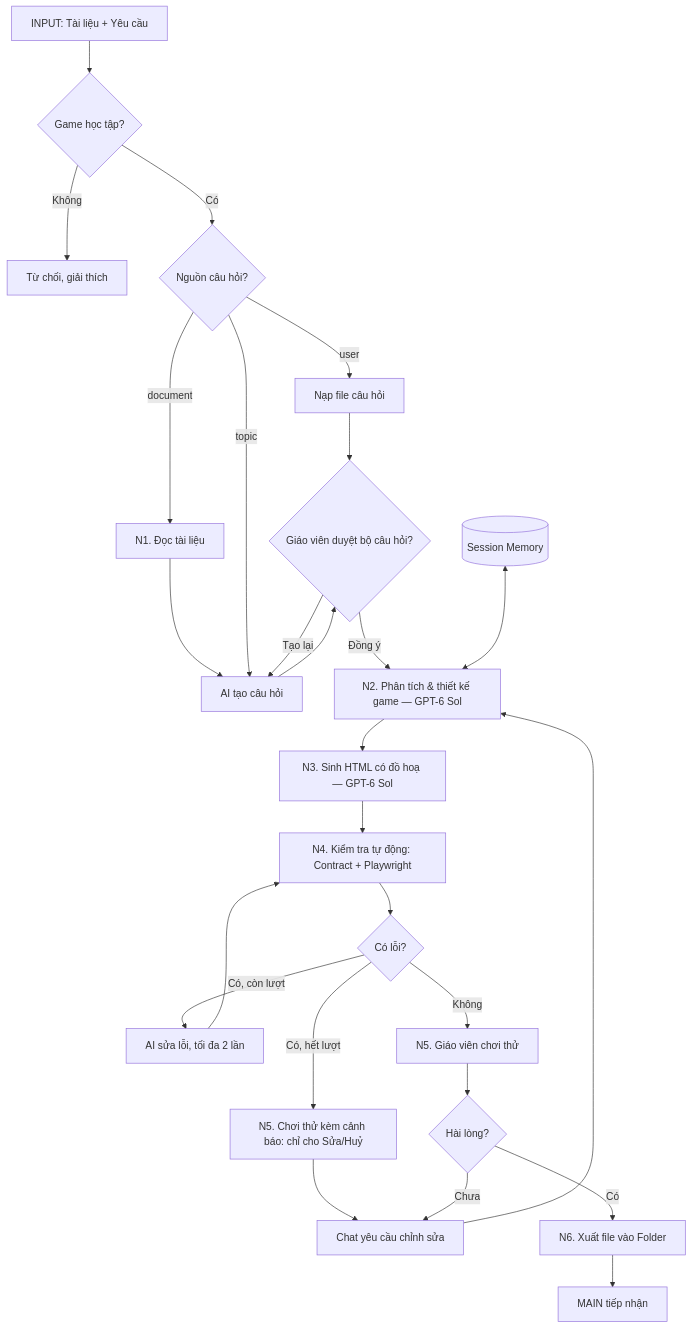
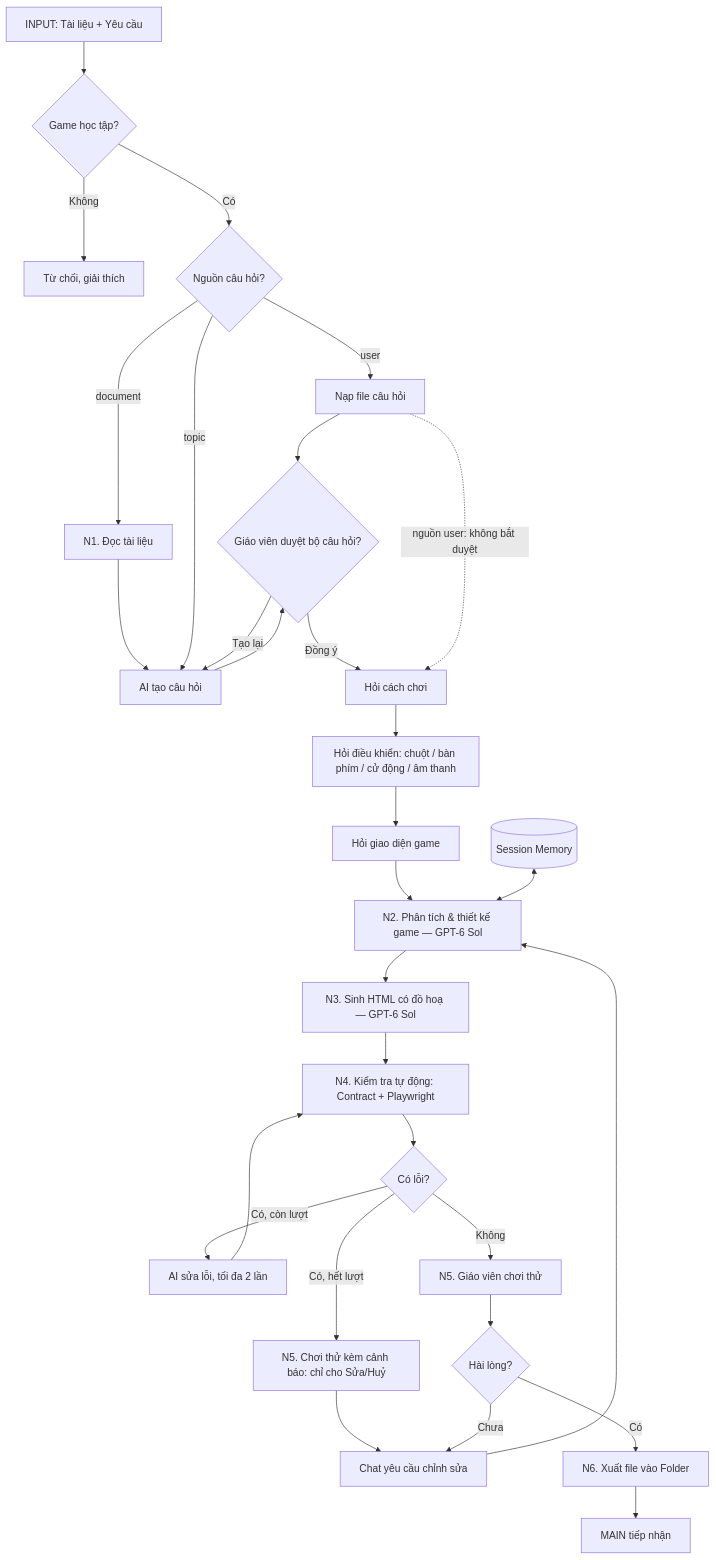
The diagram in edu-game-chatbot/docs/SPEC.md (LeHongQuanMarble/K5-L3-Day15-AI-Product-Hackathon-4ChangLinhNguLam), drawn with Mermaid before and after one commit. The commit also changed other lines of this file and 22 other files, not shown here.

Commit message:
F01: hỏi cách chơi, điều khiển, giao diện trước khi tạo game

````diff
--- a/edu-game-chatbot/docs/SPEC.md
+++ b/edu-game-chatbot/docs/SPEC.md
@@ -16,24 +16,28 @@
 ```mermaid
 flowchart TD
   IN[INPUT: Tài liệu + Yêu cầu] --> G0{Game học tập?}
   G0 -- Không --> REJ[Từ chối, giải thích]
   G0 -- Có --> SRC{Nguồn câu hỏi?}
   SRC -- user --> QU[Nạp file câu hỏi]
   SRC -- document --> N1[N1. Đọc tài liệu] --> QG[AI tạo câu hỏi]
   SRC -- topic --> QG
   QU --> QA{Giáo viên duyệt bộ câu hỏi?}
   QG --> QA
   QA -- Tạo lại --> QG
-  QA -- Đồng ý --> N2[N2. Phân tích & thiết kế game — GPT-6 Sol]
+  QA -- Đồng ý --> RQ1[Hỏi cách chơi]
+  QU -. nguồn user: không bắt duyệt .-> RQ1
+  RQ1 --> RQ2[Hỏi điều khiển: chuột / bàn phím / cử động / âm thanh]
+  RQ2 --> RQ3[Hỏi giao diện game]
+  RQ3 --> N2[N2. Phân tích & thiết kế game — GPT-6 Sol]
   MEM[(Session Memory)] <--> N2
   N2 --> N3[N3. Sinh HTML có đồ hoạ — GPT-6 Sol]
   N3 --> N4[N4. Kiểm tra tự động: Contract + Playwright]
   N4 --> ERR{Có lỗi?}
   ERR -- Có, còn lượt --> FIX[AI sửa lỗi, tối đa 2 lần] --> N4
   ERR -- Không --> N5[N5. Giáo viên chơi thử]
   ERR -- Có, hết lượt --> N5W[N5. Chơi thử kèm cảnh báo: chỉ cho Sửa/Huỷ]
   N5 --> OK{Hài lòng?}
   N5W --> CHAT
   OK -- Chưa --> CHAT[Chat yêu cầu chỉnh sửa] --> N2
   OK -- Có --> N6[N6. Xuất file vào Folder] --> MAIN[MAIN tiếp nhận]
 ```
````
